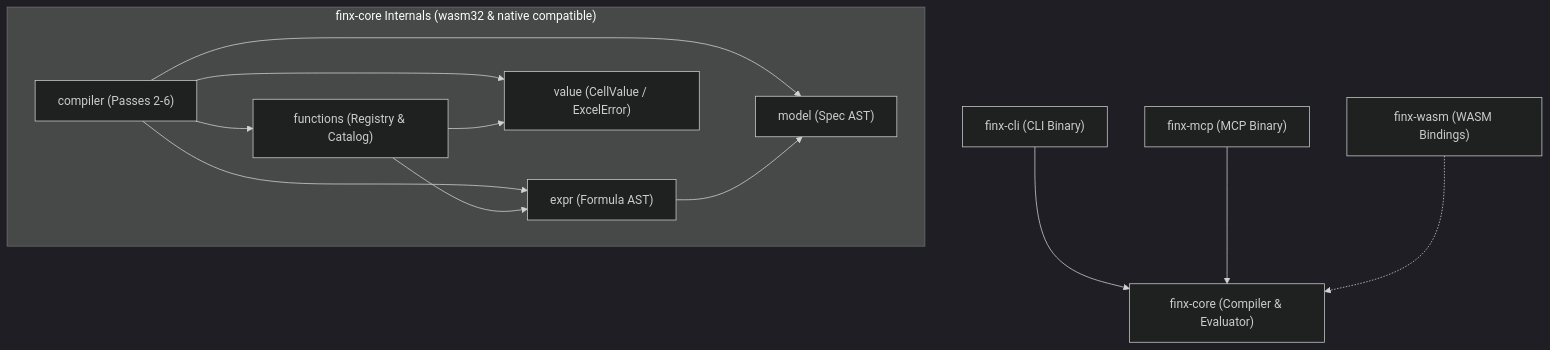
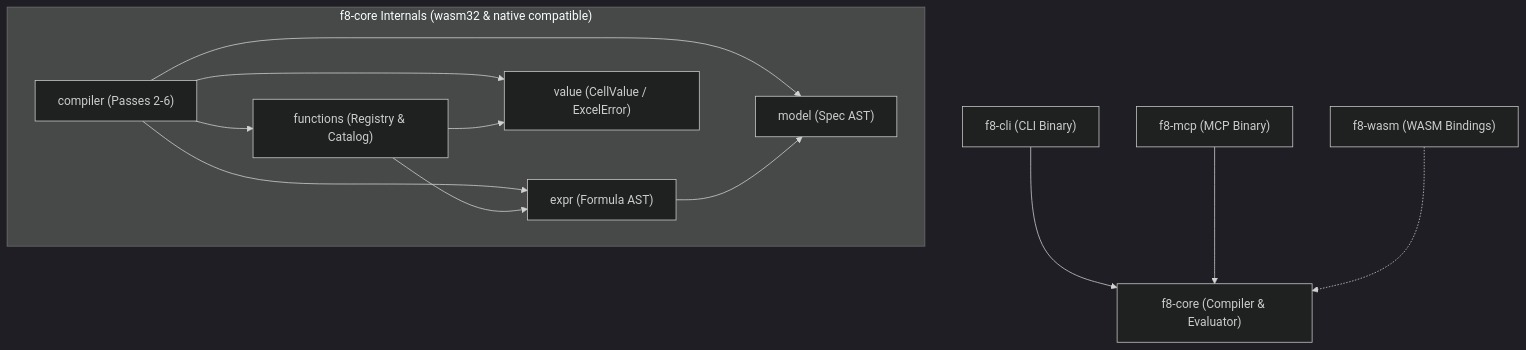
One commit to mhcfa/f8 changed the diagram in docs/codebase-structure.md. Above: the diagram before and after it, drawn with Mermaid (dark theme). The commit also changed other lines of this file and 183 other files, not shown here.

````diff
--- a/docs/codebase-structure.md
+++ b/docs/codebase-structure.md
@@ -96,17 +96,17 @@
 ```mermaid
 flowchart TD
-    CLI["finx-cli (CLI Binary)"] --> Core["finx-core (Compiler & Evaluator)"]
-    MCP["finx-mcp (MCP Binary)"] --> Core
-    WASM["finx-wasm (WASM Bindings)"] -.-> Core
+    CLI["f8-cli (CLI Binary)"] --> Core["f8-core (Compiler & Evaluator)"]
+    MCP["f8-mcp (MCP Binary)"] --> Core
+    WASM["f8-wasm (WASM Bindings)"] -.-> Core
 
-    subgraph CoreInternals ["finx-core Internals (wasm32 & native compatible)"]
+    subgraph CoreInternals ["f8-core Internals (wasm32 & native compatible)"]
         CompilerPasses["compiler (Passes 2-6)"] --> Functions["functions (Registry & Catalog)"]
         CompilerPasses --> Expr["expr (Formula AST)"]
         CompilerPasses --> Model["model (Spec AST)"]
         CompilerPasses --> Value["value (CellValue / ExcelError)"]
 
         Functions --> Value
         Functions --> Expr
         Expr --> Model
     end
 ```
````
